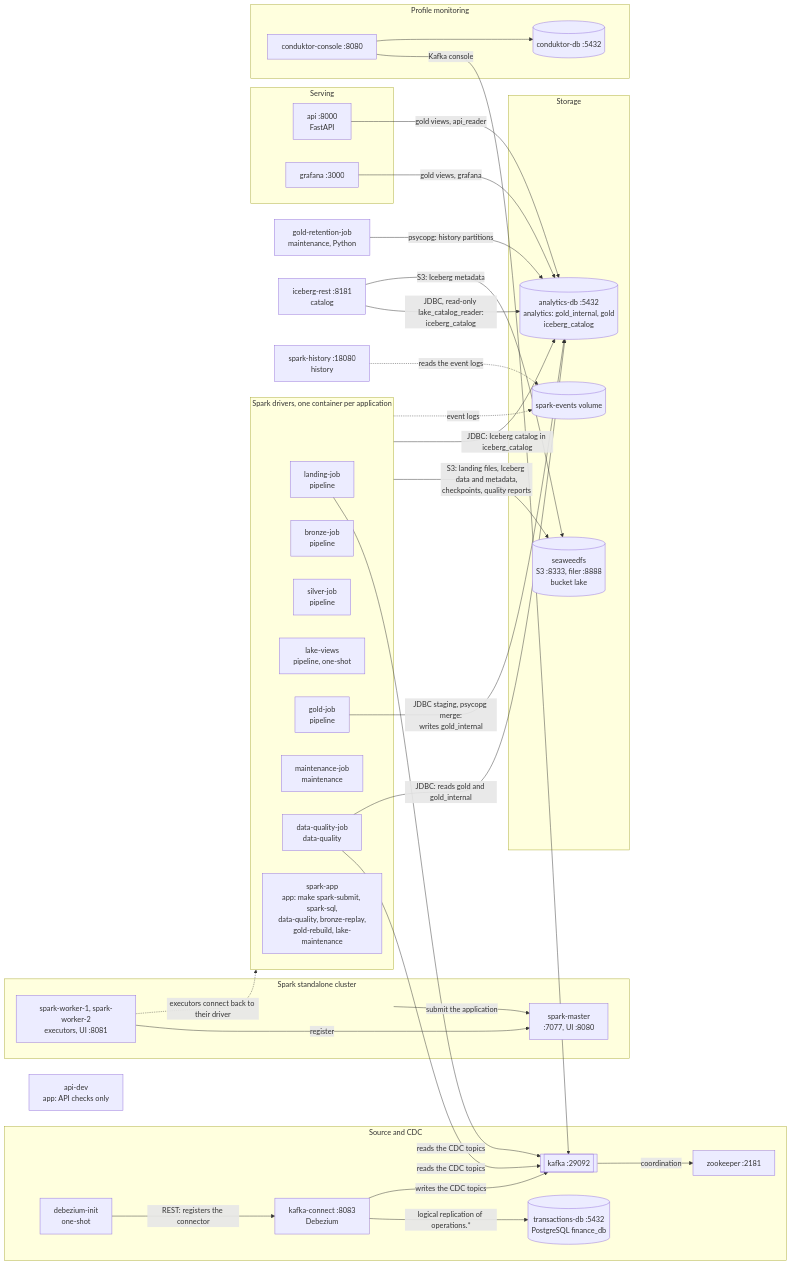
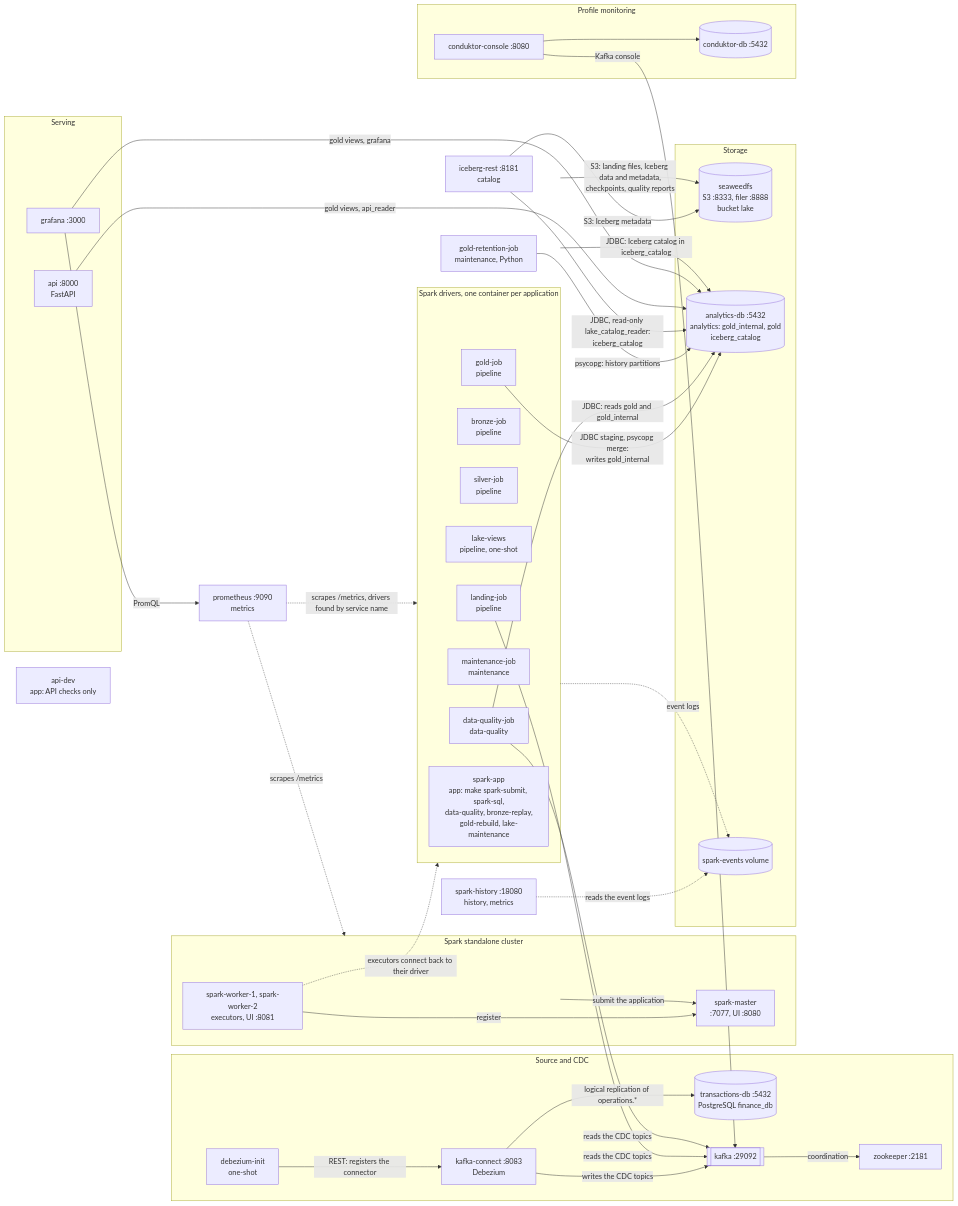
One commit to jonathan5p/deel-home-task changed the first of 4 diagrams in docs/architecture/overview.md. Above: the diagram before and after it, drawn with Mermaid. The commit also changed other lines of this file and 11 other files, not shown here.

Commit message:
docs(metrics): document the Prometheus scraping, the Spark dashboards and the alerts

````diff
--- a/docs/architecture/overview.md
+++ b/docs/architecture/overview.md
@@ -49,75 +50,79 @@
 ```mermaid
 flowchart LR
     subgraph cdc["Source and CDC"]
         tdb[("transactions-db :5432<br/>PostgreSQL finance_db")]
         connect["kafka-connect :8083<br/>Debezium"]
         dinit["debezium-init<br/>one-shot"]
         zk["zookeeper :2181"]
         kafka[["kafka :29092"]]
     end
 
     subgraph cluster["Spark standalone cluster"]
         master["spark-master<br/>:7077, UI :8080"]
         workers["spark-worker-1, spark-worker-2<br/>executors, UI :8081"]
     end
 
     subgraph drivers["Spark drivers, one container per application"]
         landing["landing-job<br/>pipeline"]
         bronze["bronze-job<br/>pipeline"]
         silver["silver-job<br/>pipeline"]
         views["lake-views<br/>pipeline, one-shot"]
         goldjob["gold-job<br/>pipeline"]
         maint["maintenance-job<br/>maintenance"]
         dq["data-quality-job<br/>data-quality"]
         app["spark-app<br/>app: make spark-submit, spark-sql,<br/>data-quality, bronze-replay,<br/>gold-rebuild, lake-maintenance"]
     end
 
     subgraph storage["Storage"]
         s3[("seaweedfs<br/>S3 :8333, filer :8888<br/>bucket lake")]
         adb[("analytics-db :5432<br/>analytics: gold_internal, gold<br/>iceberg_catalog")]
         events[("spark-events volume")]
     end
 
     retention["gold-retention-job<br/>maintenance, Python"]
     rest["iceberg-rest :8181<br/>catalog"]
-    history["spark-history :18080<br/>history"]
+    history["spark-history :18080<br/>history, metrics"]
+    prometheus["prometheus :9090<br/>metrics"]
 
     subgraph serving["Serving"]
         api["api :8000<br/>FastAPI"]
         grafana["grafana :3000"]
     end
 
     subgraph monitoring["Profile monitoring"]
         conduktor["conduktor-console :8080"]
         cdb[("conduktor-db :5432")]
     end
 
     apidev["api-dev<br/>app: API checks only"]
 
     dinit -- "REST: registers the connector" --> connect
     connect -- "logical replication of operations.*" --> tdb
     connect -- "writes the CDC topics" --> kafka
     kafka -- "coordination" --> zk
 
     workers -- "register" --> master
     drivers -- "submit the application" --> master
     workers -. "executors connect back to their driver" .-> drivers
 
     landing -- "reads the CDC topics" --> kafka
     dq -- "reads the CDC topics" --> kafka
     drivers -- "S3: landing files, Iceberg data and metadata,<br/>checkpoints, quality reports" --> s3
     drivers -- "JDBC: Iceberg catalog in iceberg_catalog" --> adb
     goldjob -- "JDBC staging, psycopg merge:<br/>writes gold_internal" --> adb
     dq -- "JDBC: reads gold and gold_internal" --> adb
     retention -- "psycopg: history partitions" --> adb
     drivers -. "event logs" .-> events
     history -. "reads the event logs" .-> events
 
     rest -- "JDBC, read-only lake_catalog_reader:<br/>iceberg_catalog" --> adb
     rest -- "S3: Iceberg metadata" --> s3
     api -- "gold views, api_reader" --> adb
     grafana -- "gold views, grafana" --> adb
+    grafana -- "PromQL" --> prometheus
+    prometheus -. "scrapes /metrics, drivers found by service name" .-> drivers
+    prometheus -. "scrapes /metrics" .-> cluster
 
     conduktor -- "Kafka console" --> kafka
     conduktor --> cdb
 ```
````
